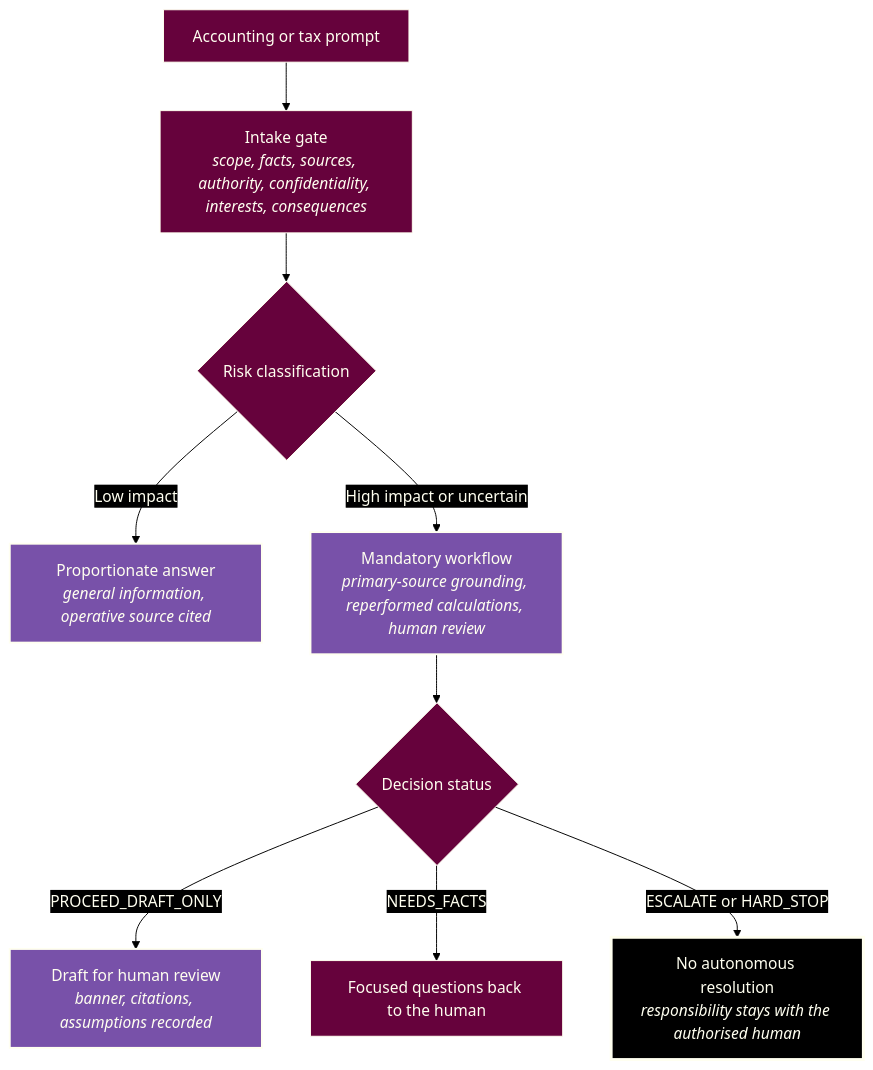
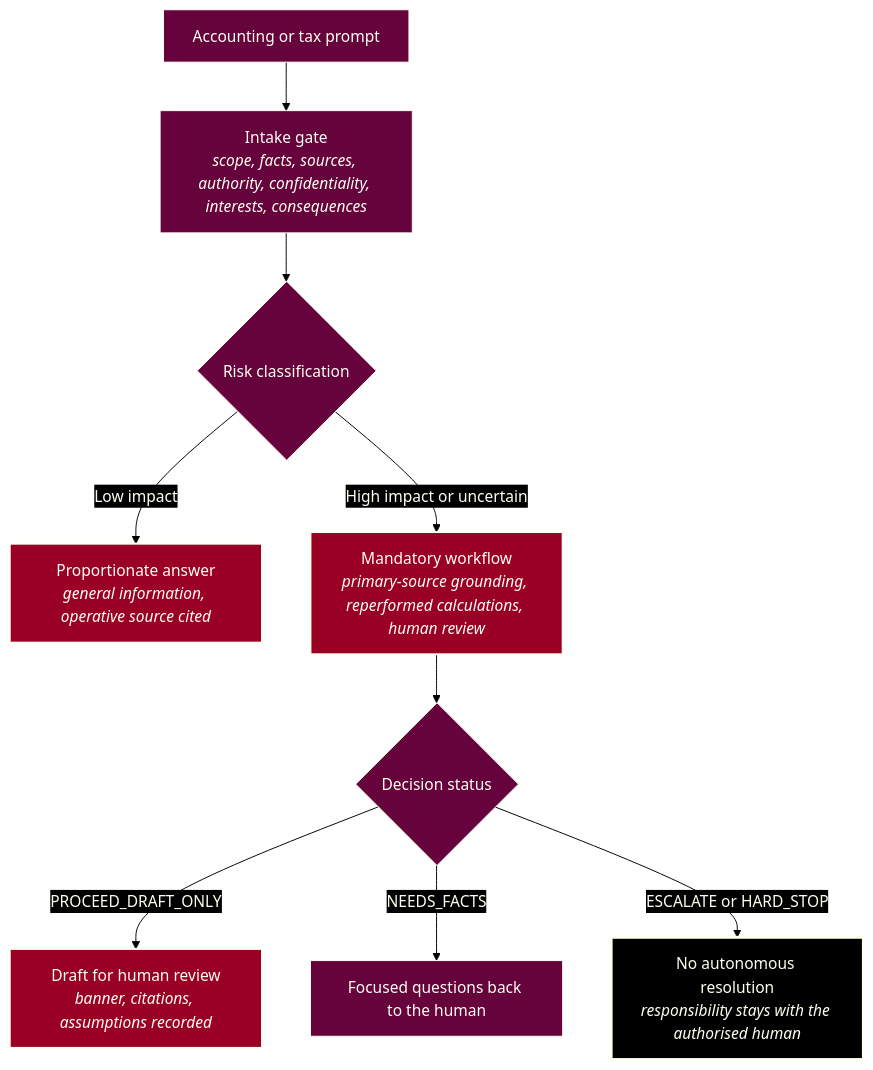
The diagram in README.md (ryanduguid/llm-tax-guardrails), drawn with Mermaid before and after one commit. The commit also changed 1 other file, not shown here.

Commit message:
docs: match Mermaid accents to website palette (#143)
Replace #7851A9 with #990024 in Mermaid diagrams.

````diff
--- a/README.md
+++ b/README.md
@@ -49,19 +49,19 @@
 ```mermaid
 flowchart TD
 %%{init: {"theme": "base", "look": "classic", "themeVariables": {"background": "#000000", "primaryColor": "#66023C", "primaryTextColor": "#FFFFF0", "primaryBorderColor": "#FFFFF0", "lineColor": "#000000", "textColor": "#FFFFF0", "edgeLabelBackground": "#000000", "clusterBkg": "#000000", "clusterBorder": "#FFFFF0", "titleColor": "#FFFFF0"}, "themeCSS": ".flowchart-link, .relationshipLine, marker path { filter: drop-shadow(0px 1px 0px #FFFFF0) drop-shadow(0px -1px 0px #FFFFF0) drop-shadow(1px 0px 0px #FFFFF0) drop-shadow(-1px 0px 0px #FFFFF0); }"}}%%
     Prompt["Accounting or tax prompt"] --> Gate["Intake gate<br/><i>scope, facts, sources, authority, confidentiality, interests, consequences</i>"]
     Gate --> Risk{"Risk classification"}
 
     Risk -->|"Low impact"| Prop["Proportionate answer<br/><i>general information, operative source cited</i>"]
     Risk -->|"High impact or uncertain"| Flow["Mandatory workflow<br/><i>primary-source grounding, reperformed calculations, human review</i>"]
 
     Flow --> Status{"Decision status"}
     Status -->|"PROCEED_DRAFT_ONLY"| Draft["Draft for human review<br/><i>banner, citations, assumptions recorded</i>"]
     Status -->|"NEEDS_FACTS"| Facts["Focused questions back to the human"]
     Status -->|"ESCALATE or HARD_STOP"| Stop["No autonomous resolution<br/><i>responsibility stays with the authorised human</i>"]
 
-    style Prop fill:#7851A9,stroke:#FFFFF0,stroke-width:2px,color:#FFFFF0
-    style Flow fill:#7851A9,stroke:#FFFFF0,stroke-width:2px,color:#FFFFF0
-    style Draft fill:#7851A9,stroke:#FFFFF0,stroke-width:2px,color:#FFFFF0
+    style Prop fill:#990024,stroke:#FFFFF0,stroke-width:2px,color:#FFFFF0
+    style Flow fill:#990024,stroke:#FFFFF0,stroke-width:2px,color:#FFFFF0
+    style Draft fill:#990024,stroke:#FFFFF0,stroke-width:2px,color:#FFFFF0
     style Stop fill:#000000,stroke:#FFFFF0,stroke-width:3px,color:#FFFFF0
 ```
````
